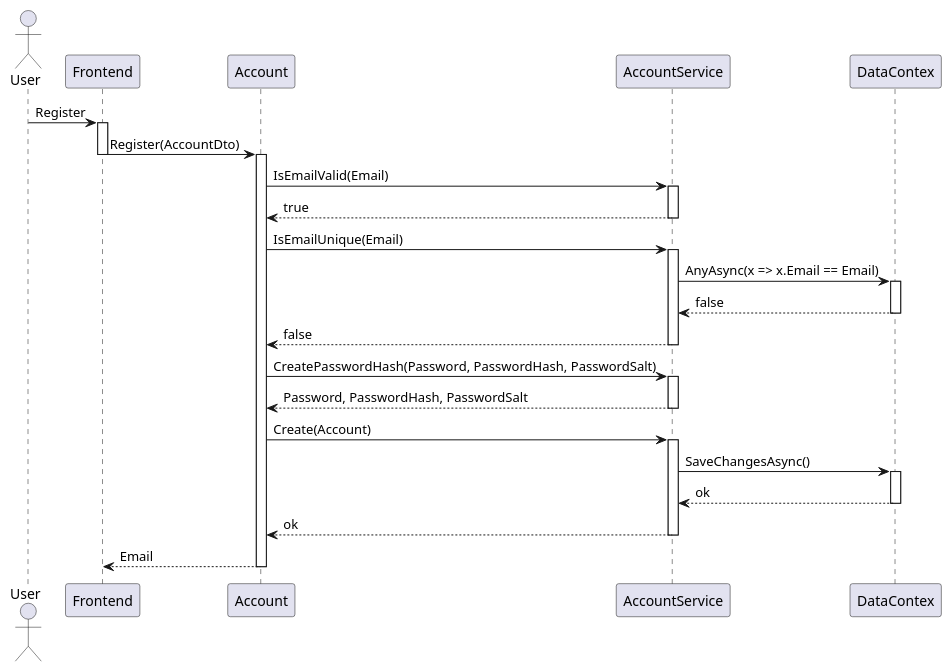
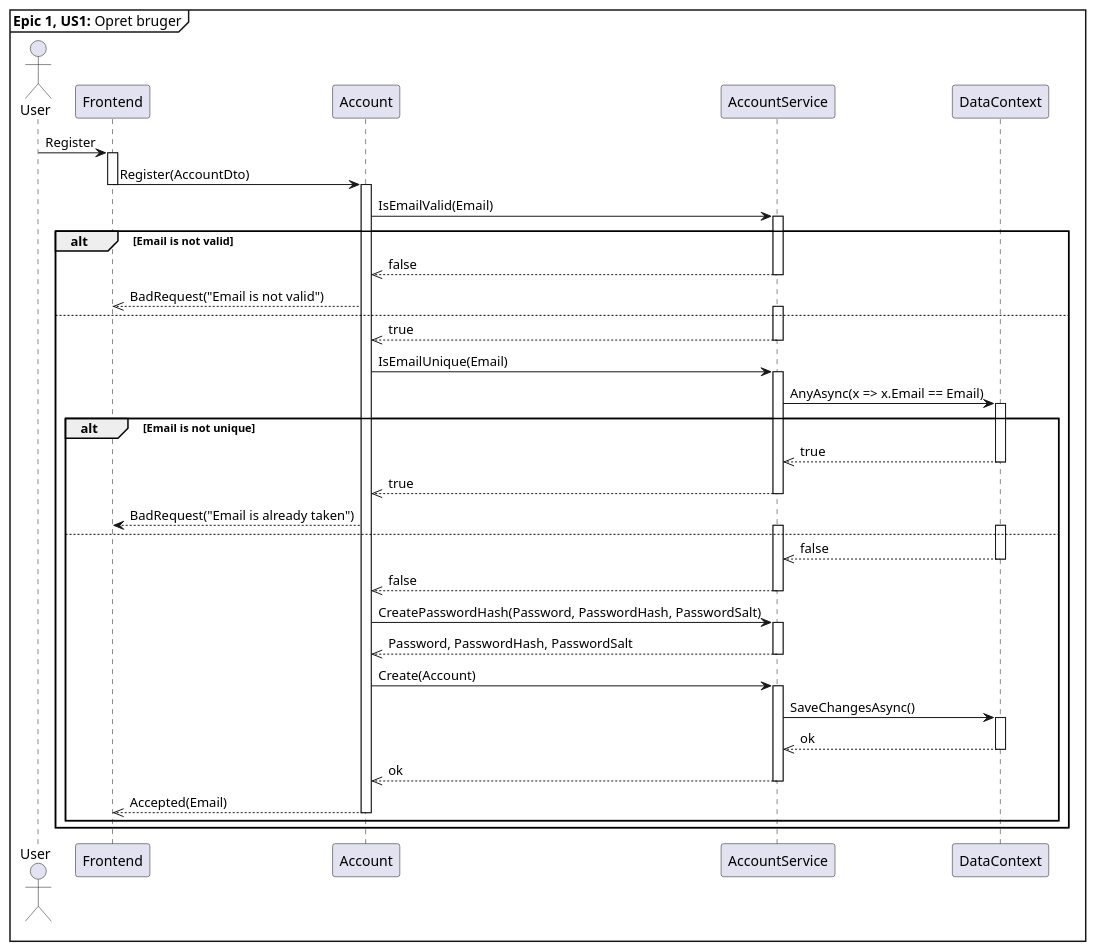
The diagram in UML/PlanUML/SequenceDiagram/Account/AccountSequenceRegistre.puml (MartinStokholm/PRJ4_Repo), drawn with PlantUML before and after one commit. The commit also changed 3 other files, not shown here.

Commit message:
Exception added to sequence diagram

```diff
--- a/UML/PlanUML/SequenceDiagram/Account/AccountSequenceRegistre.puml
+++ b/UML/PlanUML/SequenceDiagram/Account/AccountSequenceRegistre.puml
@@ -1,43 +1,67 @@
 @startuml AccountRegistreSequenceDiagram
-
+mainframe **Epic 1, US1:** Opret bruger
 Actor "User" as U
 participant "Frontend" as F
 participant "Account" as A
 participant "AccountService" as S
-participant "DataContex" as D
+participant "DataContext" as D
 
 U -> F : Register
 activate F
 F -> A : Register(AccountDto)
 deactivate F 
 activate A
 A -> S : IsEmailValid(Email)
-activate S
-S --> A : true
-deactivate S 
-A -> S : IsEmailUnique(Email)
-activate S
-S -> D : AnyAsync(x => x.Email == Email)
-activate D
-D --> S : false
-deactivate D
-S --> A : false
-deactivate S 
-A -> S : CreatePasswordHash(Password, PasswordHash, PasswordSalt)
-activate S
-S --> A : Password, PasswordHash, PasswordSalt
-deactivate S
-A -> S : Create(Account)
-activate S
-S -> D : SaveChangesAsync()
-activate D
-D --> S : ok
-deactivate D
-S --> A : ok
-deactivate S 
-A --> F : Email
-deactivate A
+
+alt Email is not valid
+    activate S
+    S -->> A: false
+    deactivate S
+    A -->> F: BadRequest("Email is not valid")
+else 
+    activate S
+    S -->> A : true
+    deactivate S 
+
+
+    A -> S : IsEmailUnique(Email)
+    activate S
+    S -> D : AnyAsync(x => x.Email == Email)
+    activate D
+    alt Email is not unique
+        D -->> S : true
+        deactivate D
+        S -->> A : true
+        deactivate S
+        A --> F : BadRequest("Email is already taken")
+    else
+        activate S 
+        activate D
+        D -->> S : false
+        deactivate D
+        S -->> A : false
+        deactivate S
+    
+
+    A -> S : CreatePasswordHash(Password, PasswordHash, PasswordSalt)
+    activate S
+    S -->> A : Password, PasswordHash, PasswordSalt
+    deactivate S
+    A -> S : Create(Account)
+    activate S
+    S -> D : SaveChangesAsync()
+    activate D
+    D -->> S : ok
+    deactivate D
+    S -->> A : ok
+    deactivate S 
+    A -->> F : Accepted(Email)
+    deactivate A
+    end
+end
+
+
 
 
 
 @enduml
```
